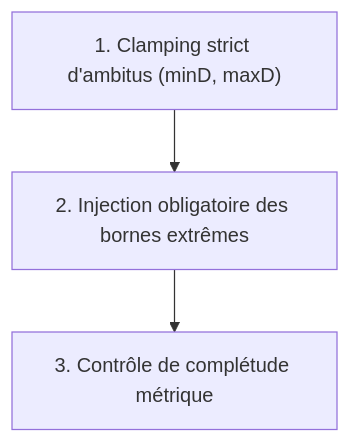
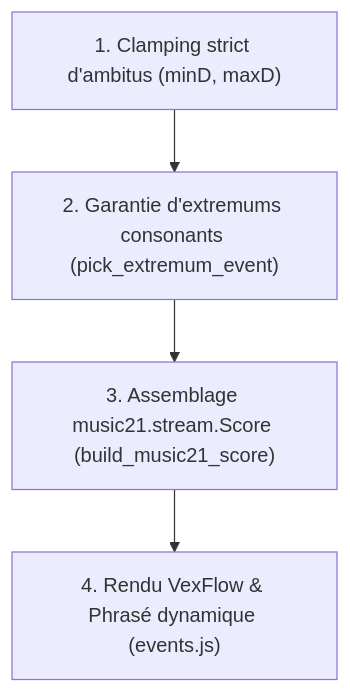
The fourth of 4 diagrams in ALGORITHME.md (antoineb75/music-generator-sightreading), drawn with Mermaid before and after one commit. The commit also changed other lines of this file, not shown here.

Commit message:
docs: update ALGORITHME.md to document Python API and music21 architecture

````diff
--- a/ALGORITHME.md
+++ b/ALGORITHME.md
@@ -223,5 +168,6 @@
 ```mermaid
 flowchart TD
-    V1["1. Clamping strict d'ambitus (minD, maxD)"] --> V2["2. Injection obligatoire des bornes extrêmes"]
-    V2 --> V3["3. Contrôle de complétude métrique"]
+    V1["1. Clamping strict d'ambitus (minD, maxD)"] --> V2["2. Garantie d'extremums consonants (pick_extremum_event)"]
+    V2 --> V3["3. Assemblage music21.stream.Score (build_music21_score)"]
+    V3 --> V4["4. Rendu VexFlow & Phrasé dynamique (events.js)"]
 ```
````
